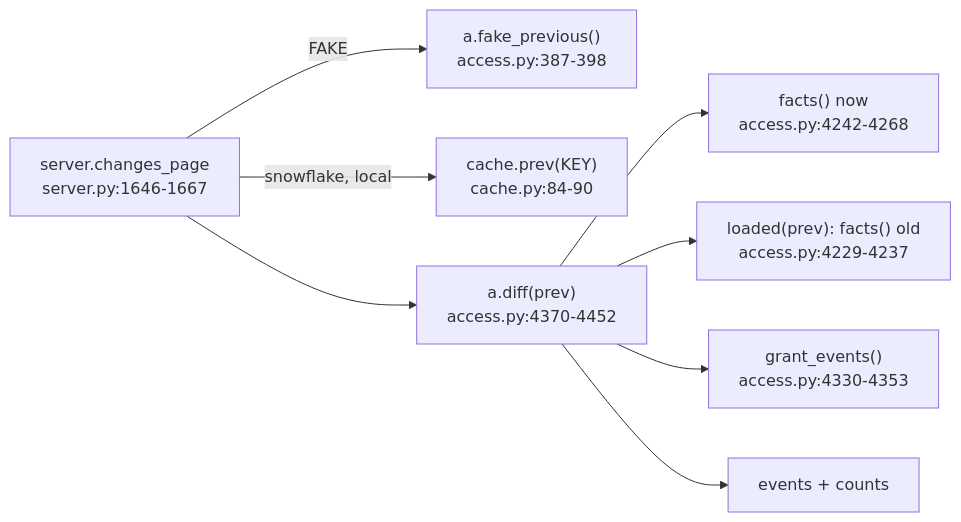
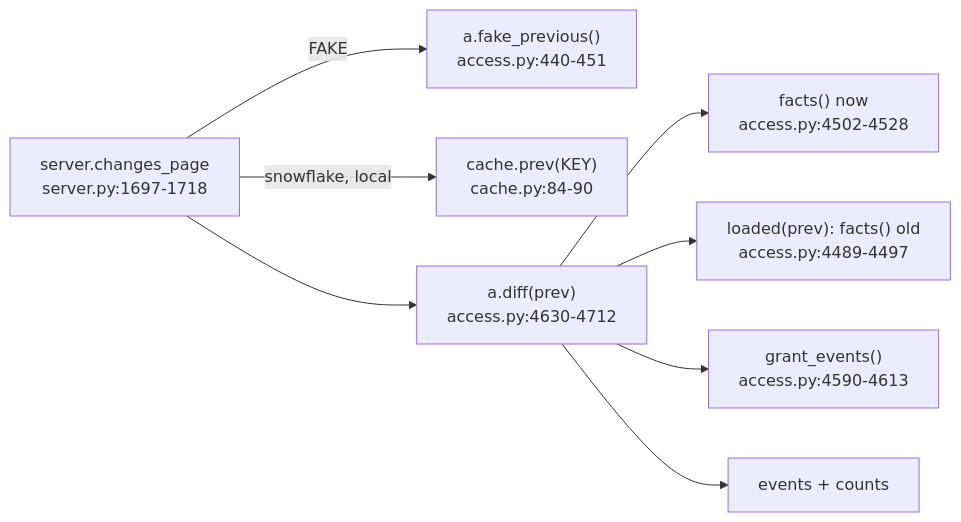
Before and after one commit to darshanmeel/snowflake-access-explorer: the diagram in snowflake-access-explorer-knowledge-graph/logic/diff.md, drawn with Mermaid. The commit also changed other lines of this file and 106 other files, not shown here.

First line of the commit message:
Docs and knowledge graph for Activity; setup verify expects 11 tables

````diff
--- a/snowflake-access-explorer-knowledge-graph/logic/diff.md
+++ b/snowflake-access-explorer-knowledge-graph/logic/diff.md
@@ -5,10 +6,10 @@
 ```mermaid
 flowchart LR
-  CP["server.changes_page<br/>server.py:1646-1667"] -->|FAKE| FP["a.fake_previous()<br/>access.py:387-398"]
+  CP["server.changes_page<br/>server.py:1697-1718"] -->|FAKE| FP["a.fake_previous()<br/>access.py:440-451"]
   CP -->|snowflake, local| PR["cache.prev(KEY)<br/>cache.py:84-90"]
-  CP --> D["a.diff(prev)<br/>access.py:4370-4452"]
-  D --> FN["facts() now<br/>access.py:4242-4268"]
-  D --> LD["loaded(prev): facts() old<br/>access.py:4229-4237"]
-  D --> GE["grant_events()<br/>access.py:4330-4353"]
+  CP --> D["a.diff(prev)<br/>access.py:4630-4712"]
+  D --> FN["facts() now<br/>access.py:4502-4528"]
+  D --> LD["loaded(prev): facts() old<br/>access.py:4489-4497"]
+  D --> GE["grant_events()<br/>access.py:4590-4613"]
   D --> EV[events + counts]
 ```
````
